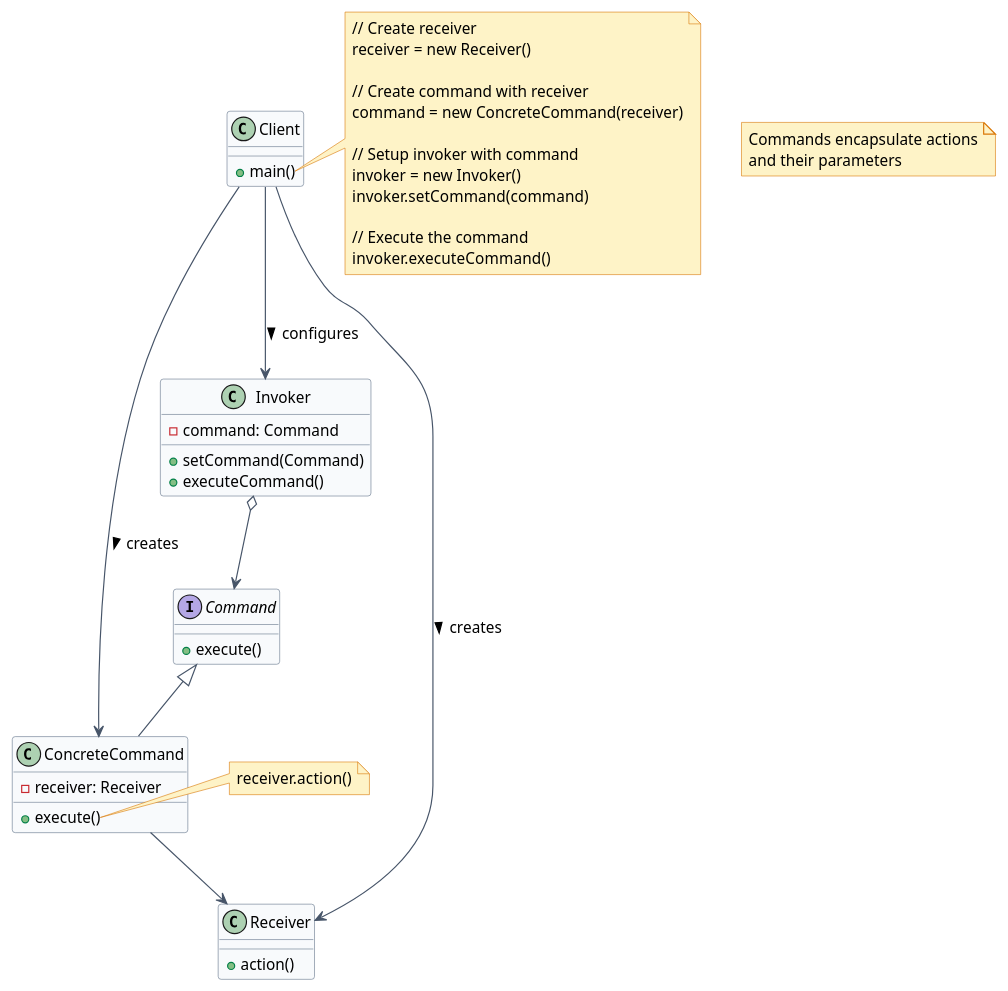
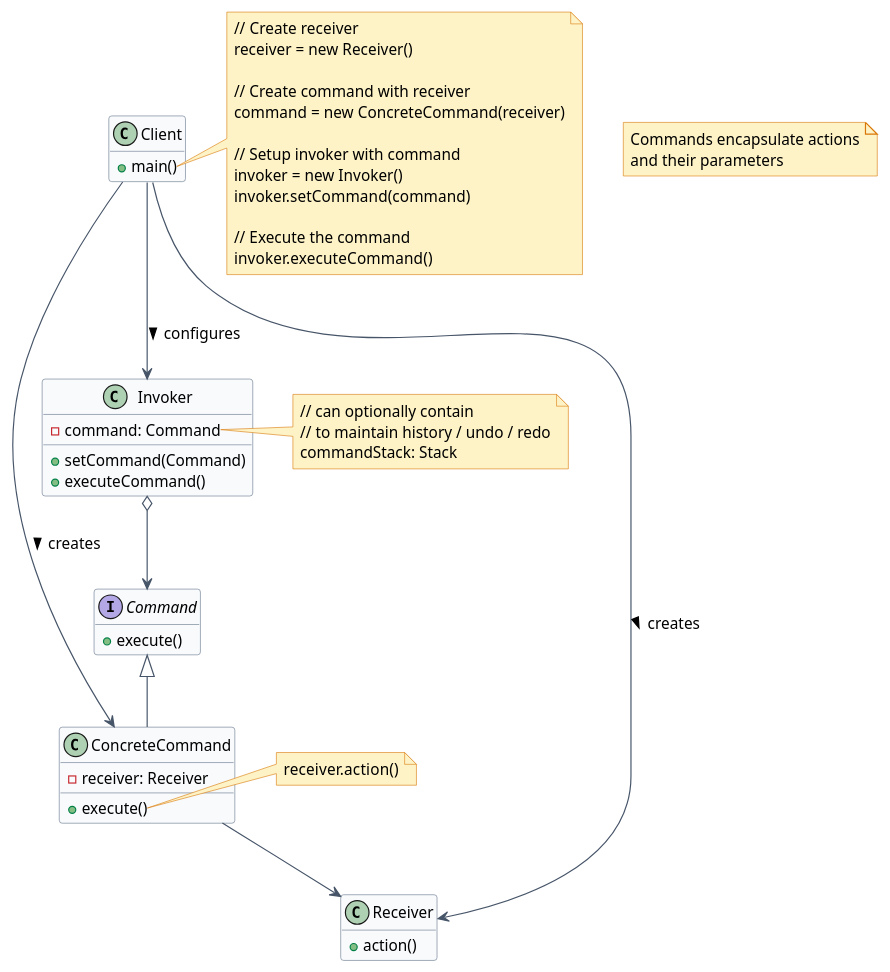
One commit to VivekGupta137/vgblog changed the third of 10 diagrams in src/content/docs/low-level-design/patterns/behavioural-patterns.md. Above: the diagram before and after it, drawn with PlantUML. The commit also changed other lines of this file and 7 other files, not shown here.

````diff
--- a/src/content/docs/low-level-design/patterns/behavioural-patterns.md
+++ b/src/content/docs/low-level-design/patterns/behavioural-patterns.md
@@ -246,68 +249,76 @@
 ```plantuml
 @startuml
+hide empty members
+
 skinparam backgroundColor #ffffff
 skinparam Shadowing false
 skinparam DefaultFontName Arial
 skinparam DefaultFontSize 13
 skinparam ArrowColor #475569
 skinparam rectangleBorderColor #64748b
 skinparam rectangleBackgroundColor #f8fafc
 skinparam classBackgroundColor #f8fafc
 skinparam classBorderColor #64748b
 skinparam interfaceBackgroundColor #ecfdf5
 skinparam interfaceBorderColor #10b981
 skinparam noteBackgroundColor #fef3c7
 skinparam noteBorderColor #d97706
 
 class Client {
   + main()
 }
 
 class Invoker {
   - command: Command
   + setCommand(Command)
   + executeCommand()
 }
 
 interface Command {
   + execute()
 }
 
 class ConcreteCommand {
   - receiver: Receiver
   + execute()
 }
 
 class Receiver {
   + action()
 }
 
 Client --> Receiver: creates >
 Client --> ConcreteCommand: creates >
 Client --> Invoker: configures >
 Invoker o--> Command
 Command <|-- ConcreteCommand
 ConcreteCommand --> Receiver
 
 note right of ConcreteCommand::execute
   receiver.action()
 end note
 
+note right of Invoker::command
+  // can optionally contain 
+  // to maintain history / undo / redo
+  commandStack: Stack 
+end note
+
 note right of Client::main
   // Create receiver
   receiver = new Receiver()
   
   // Create command with receiver
   command = new ConcreteCommand(receiver)
   
   // Setup invoker with command
   invoker = new Invoker()
   invoker.setCommand(command)
   
   // Execute the command
   invoker.executeCommand()
 end note
 
 note "Commands encapsulate actions\nand their parameters" as N1
 @enduml
 ```
````
